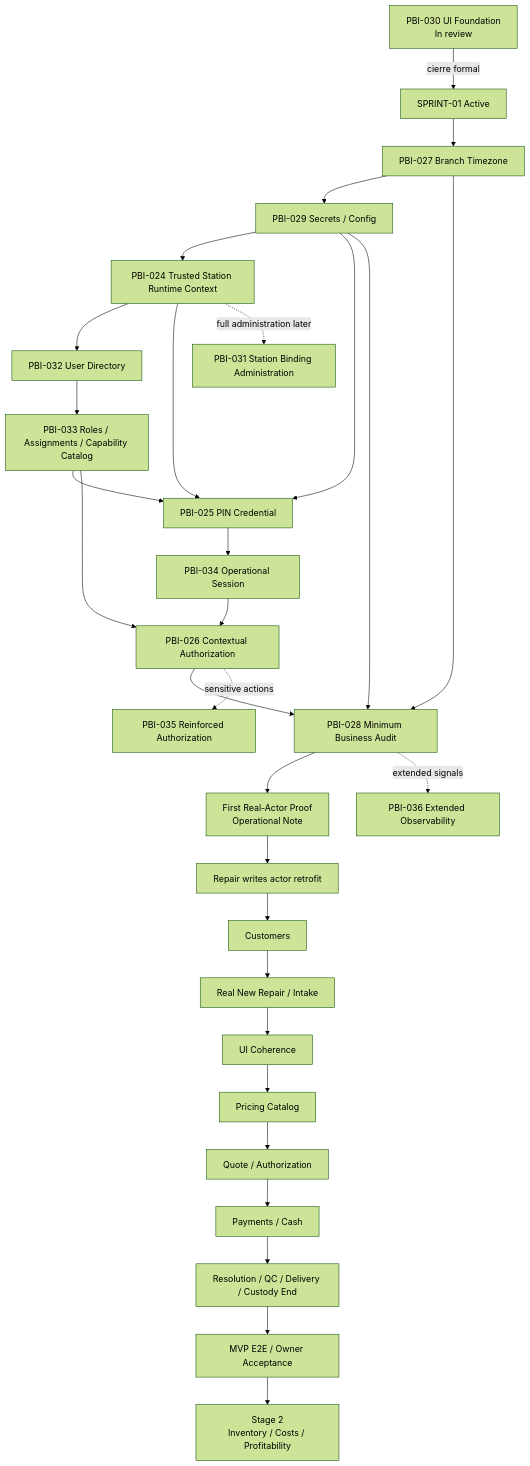
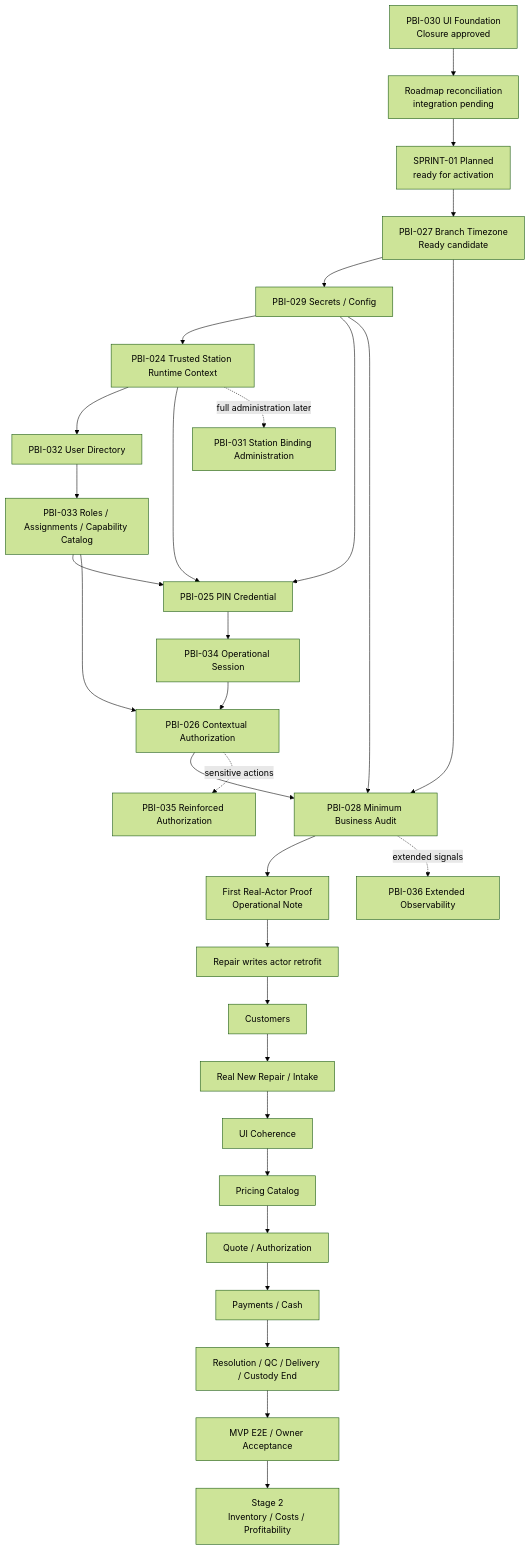
The diagram in docs/backlog/DEPENDENCY_MAP.md (luisgtzaviles/SrTaller-2.0), drawn with Mermaid (forest theme) before and after one commit. The commit also changed other lines of this file and 21 other files, not shown here.

````diff
--- a/docs/backlog/DEPENDENCY_MAP.md
+++ b/docs/backlog/DEPENDENCY_MAP.md
@@ -13,32 +13,33 @@
 ```mermaid
 flowchart TD
-    P30[PBI-030 UI Foundation<br/>In review] -->|cierre formal| S1[SPRINT-01 Active]
-    S1 --> P27[PBI-027 Branch Timezone]
+    P30[PBI-030 UI Foundation<br/>Closure approved] --> R[Roadmap reconciliation<br/>integration pending]
+    R --> S1[SPRINT-01 Planned<br/>ready for activation]
+    S1 --> P27[PBI-027 Branch Timezone<br/>Ready candidate]
     P27 --> P29[PBI-029 Secrets / Config]
     P29 --> P24[PBI-024 Trusted Station Runtime Context]
     P24 --> P32[PBI-032 User Directory]
     P32 --> P33[PBI-033 Roles / Assignments / Capability Catalog]
     P33 --> P25[PBI-025 PIN Credential]
     P24 --> P25
     P29 --> P25
     P25 --> P34[PBI-034 Operational Session]
     P34 --> P26[PBI-026 Contextual Authorization]
     P33 --> P26
     P26 --> P28[PBI-028 Minimum Business Audit]
     P27 --> P28
     P29 --> P28
     P28 --> NOTE[First Real-Actor Proof<br/>Operational Note]
     NOTE --> RETRO[Repair writes actor retrofit]
     RETRO --> CUSTOMERS[Customers]
     CUSTOMERS --> INTAKE[Real New Repair / Intake]
     INTAKE --> POLISH[UI Coherence]
     POLISH --> PRICING[Pricing Catalog]
     PRICING --> QUOTE[Quote / Authorization]
     QUOTE --> MONEY[Payments / Cash]
     MONEY --> DELIVERY[Resolution / QC / Delivery / Custody End]
     DELIVERY --> MVP[MVP E2E / Owner Acceptance]
     P24 -. full administration later .-> P31[PBI-031 Station Binding Administration]
     P26 -. sensitive actions .-> P35[PBI-035 Reinforced Authorization]
     P28 -. extended signals .-> P36[PBI-036 Extended Observability]
     MVP --> STAGE2[Stage 2<br/>Inventory / Costs / Profitability]
 ```
````
